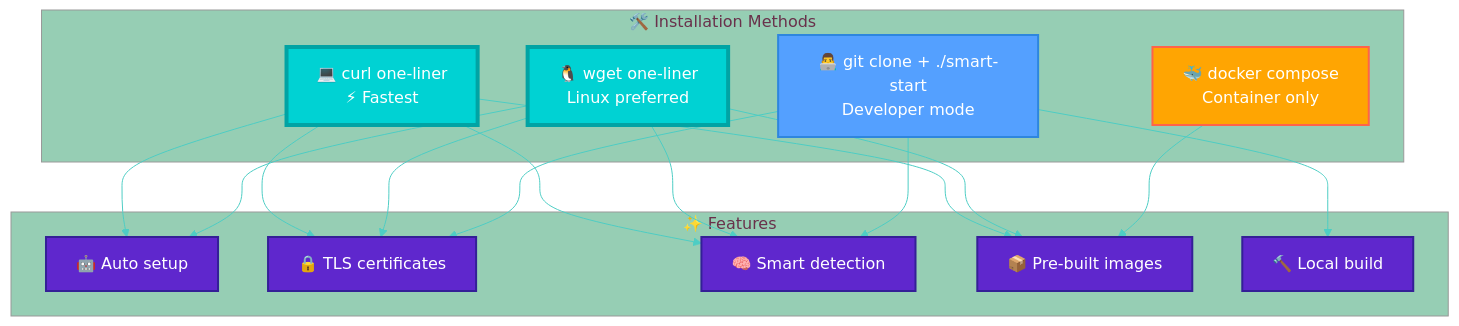
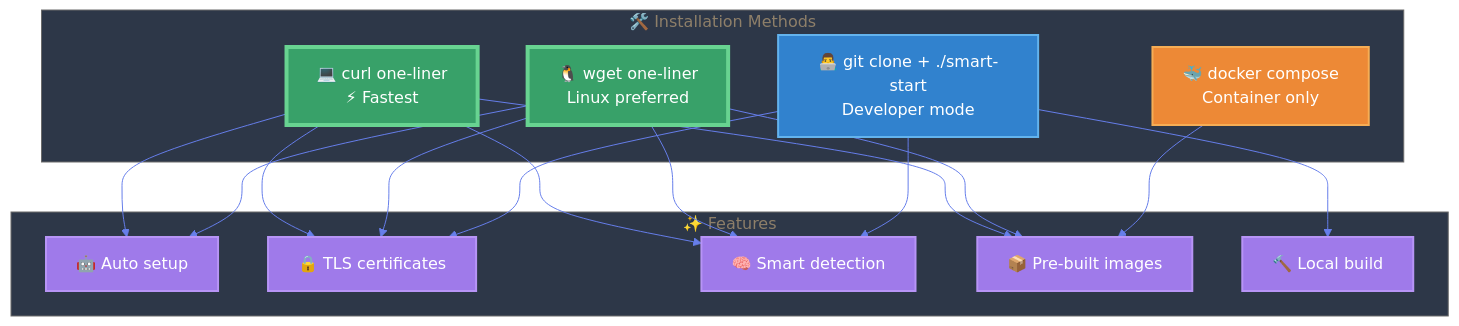
Before and after one commit to GraphDone/GraphDone-Core: the fifth of 6 diagrams in docs/installation-flow.md, drawn with Mermaid. The commit also changed other lines of this file, not shown here.

First line of the commit message:
🎨 Fix diagram colors for better readability

````diff
--- a/docs/installation-flow.md
+++ b/docs/installation-flow.md
@@ -284,60 +288,61 @@
 ```mermaid
 %%{init: {
   'theme': 'base',
   'themeVariables': {
-    'primaryColor': '#FF6B6B',
-    'primaryTextColor': '#ffffff',
-    'primaryBorderColor': '#EE5A52',
-    'lineColor': '#4ECDC4',
-    'secondaryColor': '#45B7B8',
-    'tertiaryColor': '#96CEB4',
-    'background': '#2C3E50',
-    'mainBkg': '#FF6B6B',
-    'secondBkg': '#45B7B8',
-    'tertiaryBkg': '#96CEB4'
+    'primaryColor': '#2D3748',
+    'primaryTextColor': '#FFFFFF',
+    'primaryBorderColor': '#4A5568',
+    'lineColor': '#667EEA',
+    'secondaryColor': '#4A5568',
+    'tertiaryColor': '#718096',
+    'background': '#1A202C',
+    'mainBkg': '#2D3748',
+    'secondBkg': '#4A5568',
+    'tertiaryBkg': '#718096',
+    'clusterBkg': '#2D3748',
+    'altBackground': '#4A5568'
   }
 }}%%
 
 graph TD
     subgraph Methods ["🛠️ Installation Methods"]
         OneLineCurl[💻 curl one-liner<br/>⚡ Fastest]
         OneLineWget[🐧 wget one-liner<br/>Linux preferred]
         GitClone[👨‍💻 git clone + ./smart-start<br/>Developer mode]
         Docker[🐳 docker compose<br/>Container only]
     end
     
     subgraph Features ["✨ Features"]
         AutoSetup[🤖 Auto setup]
         TLSCerts[🔒 TLS certificates]
         SmartDetect[🧠 Smart detection]
         Registry[📦 Pre-built images]
         LocalBuild[🔨 Local build]
     end
     
     OneLineCurl --> AutoSetup
     OneLineCurl --> TLSCerts
     OneLineCurl --> SmartDetect
     OneLineCurl --> Registry
     
     OneLineWget --> AutoSetup
     OneLineWget --> TLSCerts
     OneLineWget --> SmartDetect
     OneLineWget --> Registry
     
     GitClone --> SmartDetect
     GitClone --> LocalBuild
     GitClone --> TLSCerts
     
     Docker --> Registry
     
-    classDef recommendedStyle fill:#00d2d3,stroke:#01a3a4,stroke-width:4px,color:#ffffff
-    classDef alternativeStyle fill:#ff9ff3,stroke:#f368e0,stroke-width:2px,color:#ffffff
-    classDef devStyle fill:#54a0ff,stroke:#2e86de,stroke-width:2px,color:#ffffff
-    classDef containerStyle fill:#ffa502,stroke:#ff6348,stroke-width:2px,color:#ffffff
-    classDef featureStyle fill:#5f27cd,stroke:#341f97,stroke-width:2px,color:#ffffff
+    classDef recommendedStyle fill:#38A169,stroke:#68D391,stroke-width:4px,color:#FFFFFF
+    classDef devStyle fill:#3182CE,stroke:#63B3ED,stroke-width:2px,color:#FFFFFF
+    classDef containerStyle fill:#ED8936,stroke:#F6AD55,stroke-width:2px,color:#FFFFFF
+    classDef featureStyle fill:#9F7AEA,stroke:#B794F6,stroke-width:2px,color:#FFFFFF
     
     class OneLineCurl,OneLineWget recommendedStyle
     class GitClone devStyle
     class Docker containerStyle
     class AutoSetup,TLSCerts,SmartDetect,Registry,LocalBuild featureStyle
 ```
````
